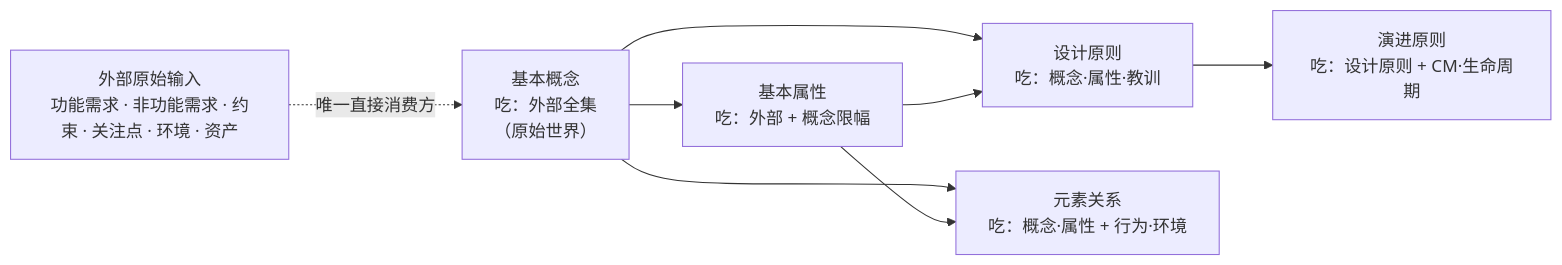
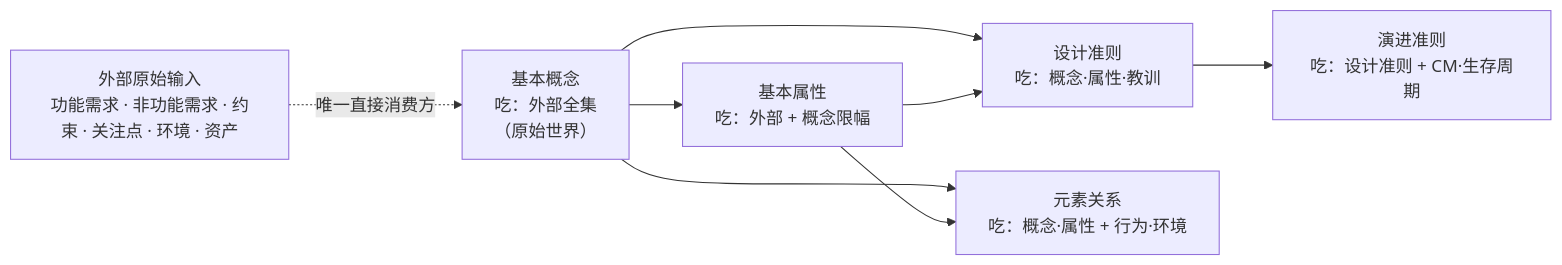
One commit to Yongjunzhou/AOS-system-design changed diagram 11 of 11 in 100-subprojects/01-系统工程研究/00-系统工程相关研究报告/10-架构设计方法论全景研究报告.md. Above: the diagram before and after it, drawn with Mermaid. The commit also changed other lines of this file and 38 other files, not shown here.

````diff
--- a/100-subprojects/01-系统工程研究/00-系统工程相关研究报告/10-架构设计方法论全景研究报告.md
+++ b/100-subprojects/01-系统工程研究/00-系统工程相关研究报告/10-架构设计方法论全景研究报告.md
@@ -692,11 +724,11 @@
 ```mermaid
 flowchart LR
     EXT["外部原始输入<br/>功能需求 · 非功能需求 · 约束 · 关注点 · 环境 · 资产"]
     C[基本概念<br/>吃：外部全集<br/>（原始世界）] --> A[基本属性<br/>吃：外部 + 概念限幅]
-    C --> R1[设计原则<br/>吃：概念·属性·教训]
+    C --> R1[设计准则<br/>吃：概念·属性·教训]
     A --> R1
-    R1 --> R2[演进原则<br/>吃：设计原则 + CM·生命周期]
+    R1 --> R2[演进准则<br/>吃：设计准则 + CM·生存周期]
     C --> REL[元素关系<br/>吃：概念·属性 + 行为·环境]
     A --> REL
     EXT -. 唯一直接消费方 .-> C
 ```
````
